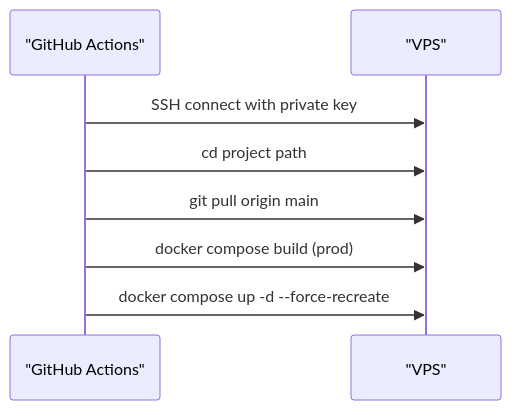
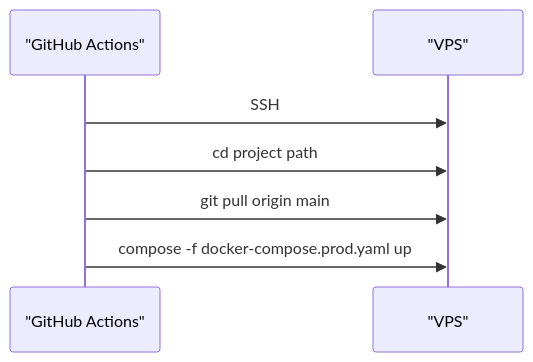
One commit to tashifkhan/tashif.codes changed the sixth of 8 diagrams in src/data/docs/talentsync/Architecture Overview/Deployment Architecture.md. Above: the diagram before and after it, drawn with Mermaid. The commit also changed other lines of this file and 2128 other files, not shown here.

First line of the commit message:
docs: replace raster diagram images with native Mermaid across project guides

````diff
--- a/src/data/docs/talentsync/Architecture Overview/Deployment Architecture.md
+++ b/src/data/docs/talentsync/Architecture Overview/Deployment Architecture.md
@@ -146,10 +143,9 @@
 ```mermaid
 sequenceDiagram
 participant GH as "GitHub Actions"
 participant VPS as "VPS"
-GH->>VPS : SSH connect with private key
+GH->>VPS : SSH
 GH->>VPS : cd project path
 GH->>VPS : git pull origin main
-GH->>VPS : docker compose build (prod)
-GH->>VPS : docker compose up -d --force-recreate
+GH->>VPS : compose -f docker-compose.prod.yaml up
 ```
````
